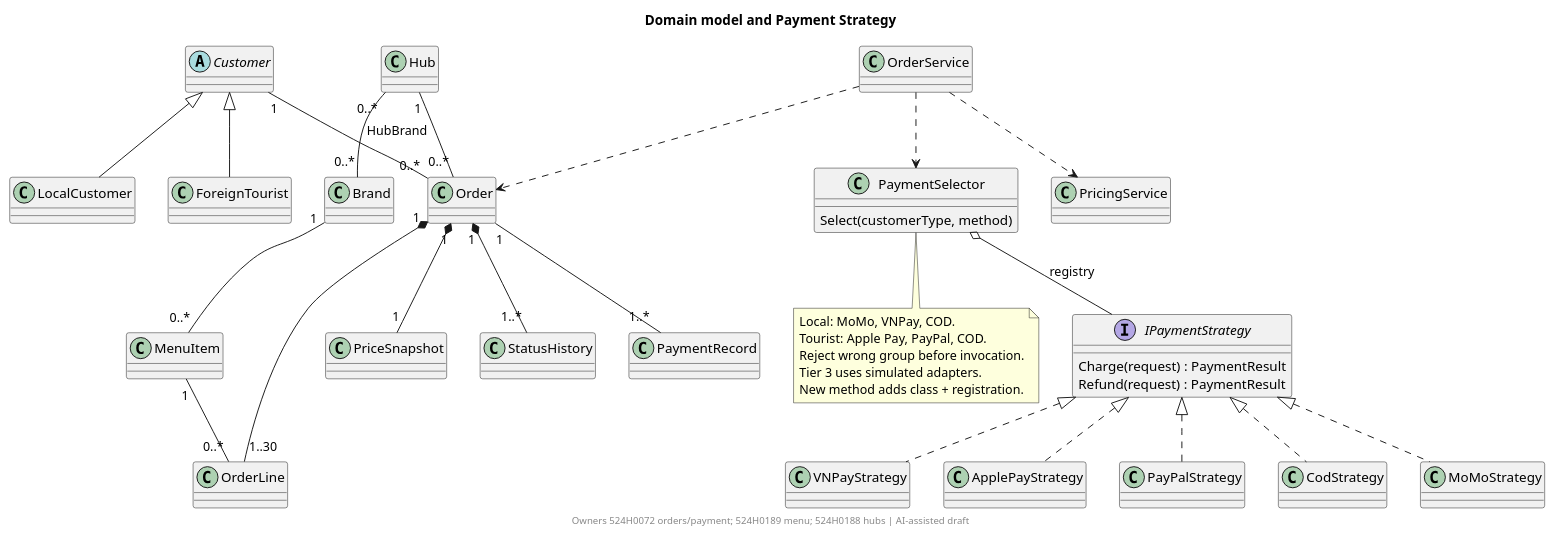
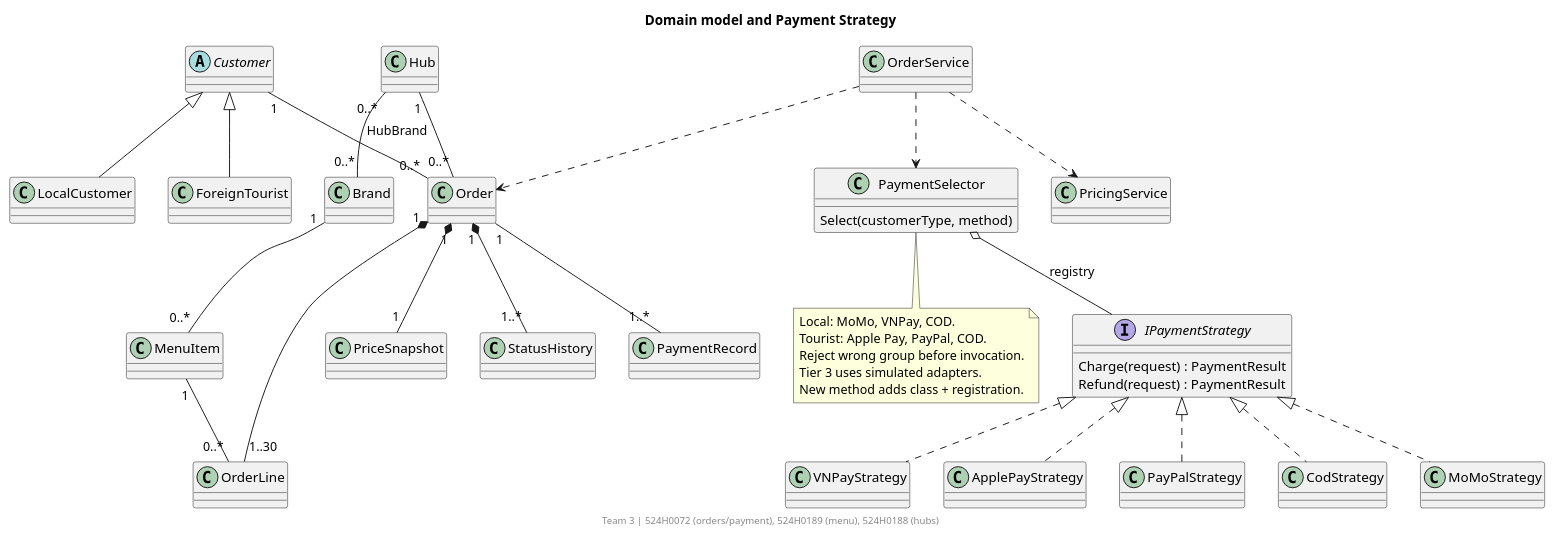
Before and after one commit to rumnopro0809/saigonbite-group3: the diagram in docs/part2/diagrams/domain-and-payment.puml, drawn with PlantUML. The commit also changed 41 other files, not shown here.

Commit message:
chore(part2): finalize V2-only Figma links, clean UML diagrams, ERD SystemSettings and report PDF

```diff
--- a/docs/part2/diagrams/domain-and-payment.puml
+++ b/docs/part2/diagrams/domain-and-payment.puml
@@ -1,57 +1,57 @@
 @startuml
 skinparam classAttributeIconSize 0
 title Domain model and Payment Strategy
-footer Owners 524H0072 orders/payment; 524H0189 menu; 524H0188 hubs | AI-assisted draft
+footer Team 3 | 524H0072 (orders/payment), 524H0189 (menu), 524H0188 (hubs)
 abstract class Customer
 class LocalCustomer
 class ForeignTourist
 Customer <|-- LocalCustomer
 Customer <|-- ForeignTourist
 class Hub
 class Brand
 class MenuItem
 class Order
 class OrderLine
 class PriceSnapshot
 class StatusHistory
 class PaymentRecord
 Customer "1" -- "0..*" Order
 Hub "1" -- "0..*" Order
 Hub "0..*" -- "0..*" Brand : HubBrand
 Brand "1" -- "0..*" MenuItem
 Order "1" *-- "1..30" OrderLine
 MenuItem "1" -- "0..*" OrderLine
 Order "1" *-- "1" PriceSnapshot
 Order "1" *-- "1..*" StatusHistory
 Order "1" -- "1..*" PaymentRecord
 class OrderService
 class PricingService
 class PaymentSelector {
  Select(customerType, method)
 }
 interface IPaymentStrategy {
  Charge(request) : PaymentResult
  Refund(request) : PaymentResult
 }
 class MoMoStrategy
 class VNPayStrategy
 class ApplePayStrategy
 class PayPalStrategy
 class CodStrategy
 IPaymentStrategy <|.. MoMoStrategy
 IPaymentStrategy <|.. VNPayStrategy
 IPaymentStrategy <|.. ApplePayStrategy
 IPaymentStrategy <|.. PayPalStrategy
 IPaymentStrategy <|.. CodStrategy
 OrderService ..> PricingService
 OrderService ..> PaymentSelector
 OrderService ..> Order
 PaymentSelector o-- IPaymentStrategy : registry
 note bottom of PaymentSelector
 Local: MoMo, VNPay, COD.
 Tourist: Apple Pay, PayPal, COD.
 Reject wrong group before invocation.
 Tier 3 uses simulated adapters.
 New method adds class + registration.
 end note
 @enduml
```
